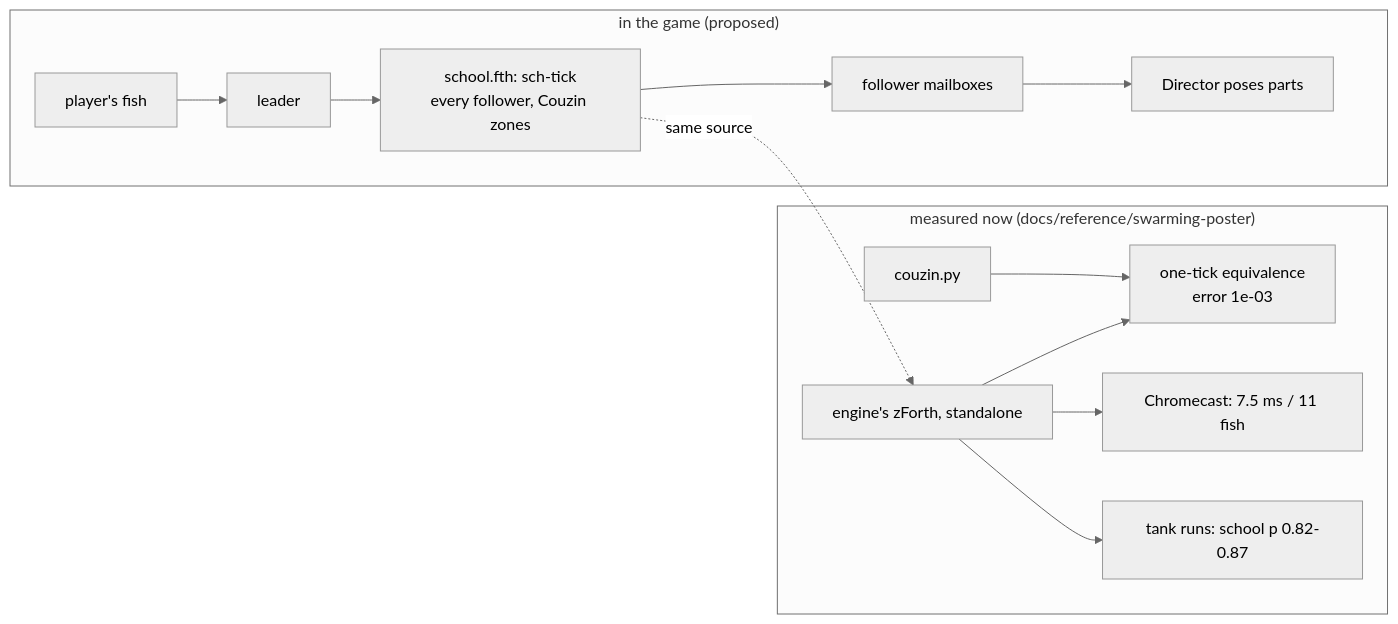
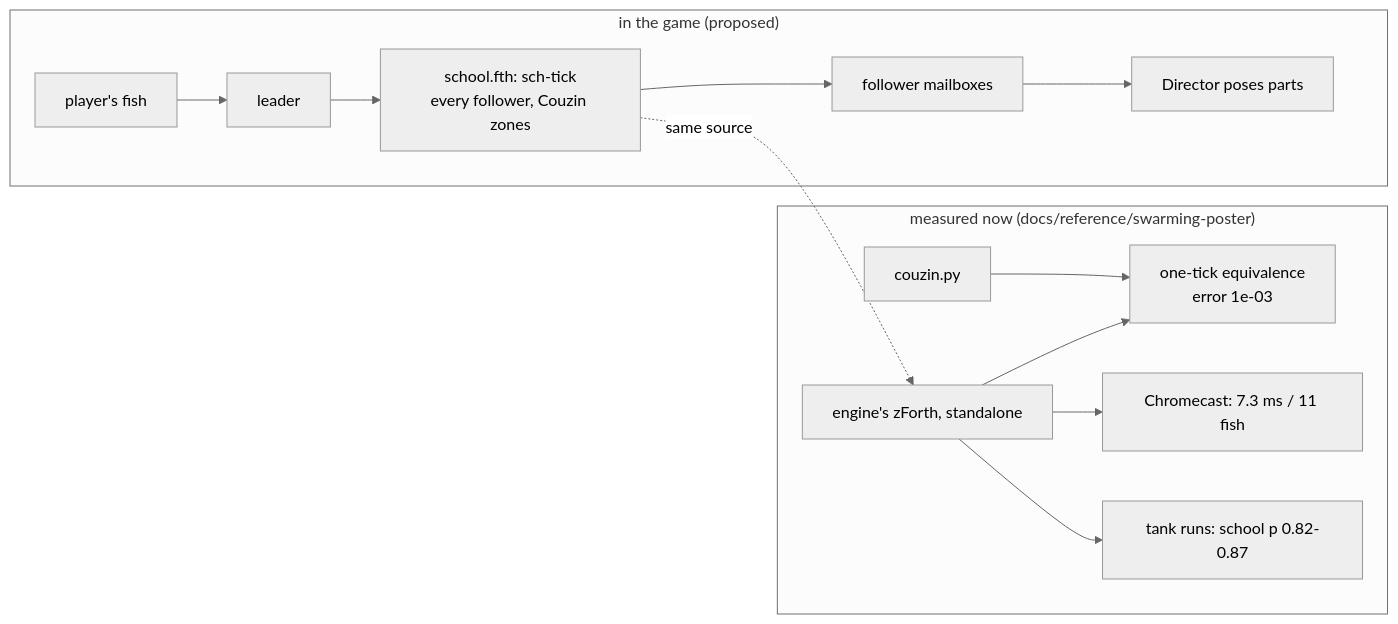
One commit to wbniv/WorldFoundry changed the diagram in docs/plans/2026-10-01-aquarium-schooling.md. Above: the diagram before and after it, drawn with Mermaid (neutral theme). The commit also changed other lines of this file and 19 other files, not shown here.

````diff
--- a/docs/plans/2026-10-01-aquarium-schooling.md
+++ b/docs/plans/2026-10-01-aquarium-schooling.md
@@ -51,14 +51,14 @@
 ```mermaid
 flowchart LR
     subgraph game["in the game (proposed)"]
         P["player's fish"] --> L["leader"] --> S["school.fth: sch-tick<br/>every follower, Couzin zones"]
         S --> M["follower mailboxes"] --> D["Director poses parts"]
     end
     subgraph evidence["measured now (docs/reference/swarming-poster)"]
         C["couzin.py"] --> T["one-tick equivalence<br/>error 1e-03"]
         H["engine's zForth, standalone"] --> T
-        H --> B["Chromecast: 7.5 ms / 11 fish"]
+        H --> B["Chromecast: 7.3 ms / 11 fish"]
         H --> K["tank runs: school p 0.82-0.87"]
     end
     S -. "same source" .-> H
 ```
````
